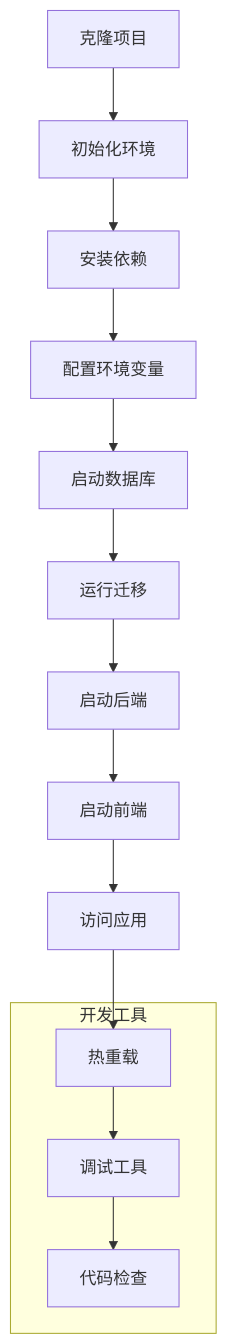
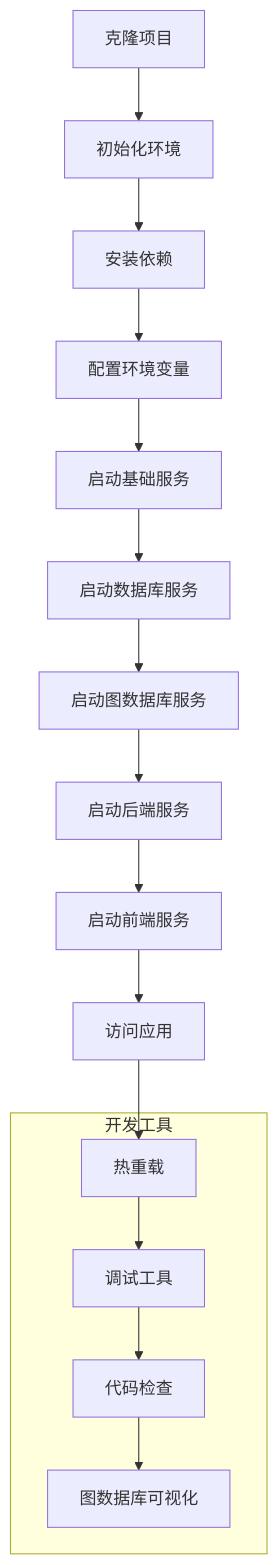
One commit to xfbyxq/ai-novel-system changed the eighth of 8 diagrams in .qoder/repowiki/zh/content/Local Dev Guide.md. Above: the diagram before and after it, drawn with Mermaid. The commit also changed other lines of this file and 6 other files, not shown here.

First line of the commit message:
docs(devguide): 新增前端开发服务及图数据库集成章节

````diff
--- a/.qoder/repowiki/zh/content/Local Dev Guide.md
+++ b/.qoder/repowiki/zh/content/Local Dev Guide.md
@@ -396,19 +574,22 @@
 ```mermaid
 flowchart TD
 A[克隆项目] --> B[初始化环境]
 B --> C[安装依赖]
 C --> D[配置环境变量]
-D --> E[启动数据库]
-E --> F[运行迁移]
-F --> G[启动后端]
-G --> H[启动前端]
-H --> I[访问应用]
+D --> E[启动基础服务]
+E --> F[启动数据库服务]
+F --> G[启动图数据库服务]
+G --> H[启动后端服务]
+H --> I[启动前端服务]
+I --> J[访问应用]
 subgraph "开发工具"
-J[热重载]
-K[调试工具]
-L[代码检查]
+K[热重载]
+L[调试工具]
+M[代码检查]
+N[图数据库可视化]
 end
-I --> J
 J --> K
 K --> L
+L --> M
+M --> N
 ```
````
